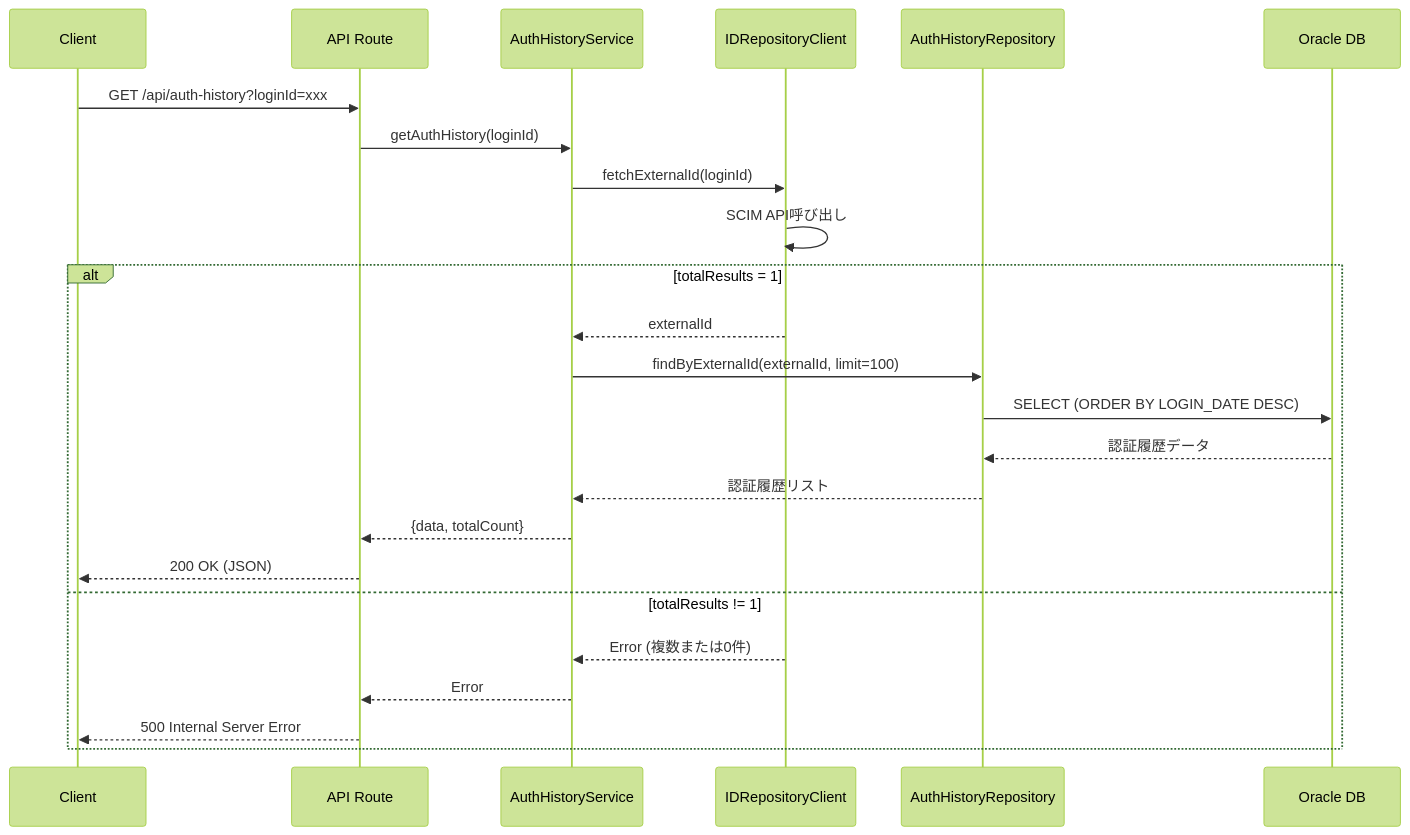
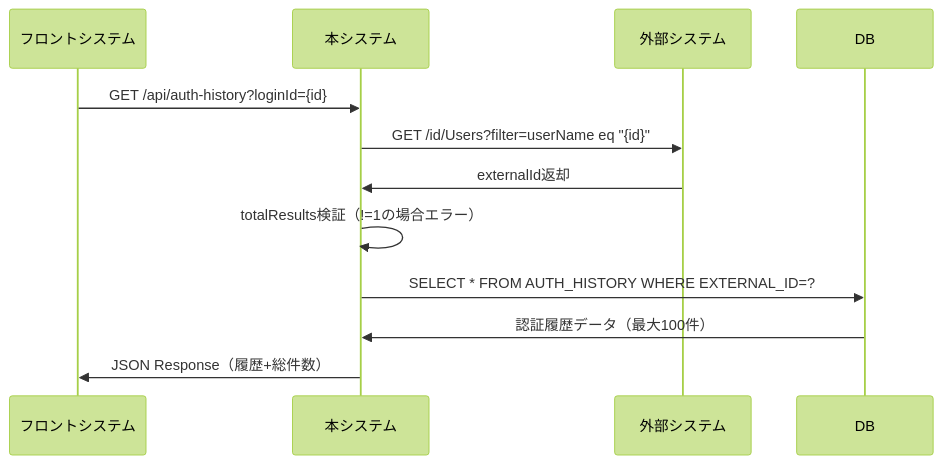
The third of 7 diagrams in docs/基本設計/基本設計書.md (Moriita/Documents), drawn with Mermaid (forest theme) before and after one commit. The commit also changed other lines of this file and 1 other file, not shown here.

````diff
--- a/docs/基本設計/基本設計書.md
+++ b/docs/基本設計/基本設計書.md
@@ -117,28 +102,15 @@
 ```mermaid
 sequenceDiagram
-    participant Client
-    participant API as API Route
-    participant Service as AuthHistoryService
-    participant IDRepo as IDRepositoryClient
-    participant Repo as AuthHistoryRepository
-    participant DB as Oracle DB
+    participant フロントシステム
+    participant 本システム
+    participant 外部システム
+    participant DB
     
-    Client->>API: GET /api/auth-history?loginId=xxx
-    API->>Service: getAuthHistory(loginId)
-    Service->>IDRepo: fetchExternalId(loginId)
-    IDRepo->>IDRepo: SCIM API呼び出し
-    
-    alt totalResults = 1
-        IDRepo-->>Service: externalId
-        Service->>Repo: findByExternalId(externalId, limit=100)
-        Repo->>DB: SELECT (ORDER BY LOGIN_DATE DESC)
-        DB-->>Repo: 認証履歴データ
-        Repo-->>Service: 認証履歴リスト
-        Service-->>API: {data, totalCount}
-        API-->>Client: 200 OK (JSON)
-    else totalResults != 1
-        IDRepo-->>Service: Error (複数または0件)
-        Service-->>API: Error
-        API-->>Client: 500 Internal Server Error
-    end
+    フロントシステム->>本システム: GET /api/auth-history?loginId={id}
+    本システム->>外部システム: GET /id/Users?filter=userName eq "{id}"
+    外部システム->>本システム: externalId返却
+    本システム->>本システム: totalResults検証（!=1の場合エラー）
+    本システム->>DB: SELECT * FROM AUTH_HISTORY WHERE EXTERNAL_ID=?
+    DB->>本システム: 認証履歴データ（最大100件）
+    本システム->>フロントシステム: JSON Response（履歴+総件数）
 ```
````
